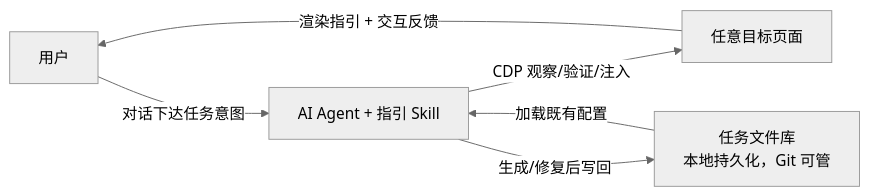
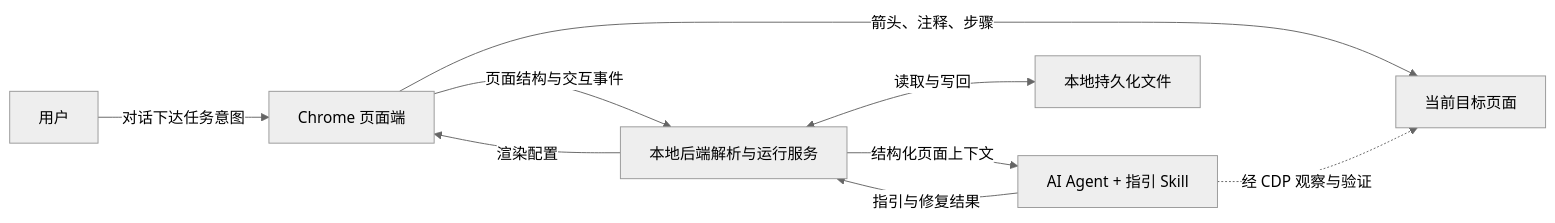
The second of 3 diagrams in .project/01-product/page-guide-agent.md (airsulG/page-guide-agent), drawn with Mermaid (neutral theme) before and after one commit. The commit also changed other lines of this file and 3 other files, not shown here.

````diff
--- a/.project/01-product/page-guide-agent.md
+++ b/.project/01-product/page-guide-agent.md
@@ -106,8 +107,11 @@
 ```mermaid
 flowchart LR
-    U["用户"] -->|"对话下达任务意图"| A["AI Agent + 指引 Skill"]
-    A -->|"CDP 观察/验证/注入"| P["任意目标页面"]
-    P -->|"渲染指引 + 交互反馈"| U
-    A -->|"生成/修复后写回"| F["任务文件库<br/>本地持久化，Git 可管"]
-    F -->|"加载既有配置"| A
+    U["用户"] -->|"对话下达任务意图"| C["Chrome 页面端"]
+    C -->|"页面结构与交互事件"| B["本地后端解析与运行服务"]
+    B -->|"结构化页面上下文"| A["AI Agent + 指引 Skill"]
+    A -->|"指引与修复结果"| B
+    B -->|"渲染配置"| C
+    C -->|"箭头、注释、步骤"| P["当前目标页面"]
+    B <-->|"读取与写回"| F["本地持久化文件"]
+    A -.->|"经 CDP 观察与验证"| P
 ```
````
